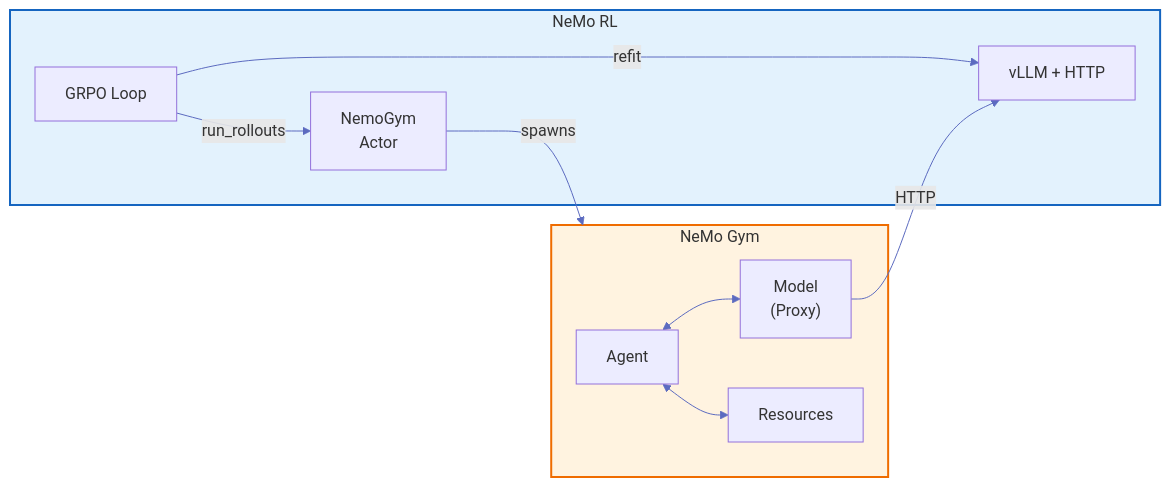
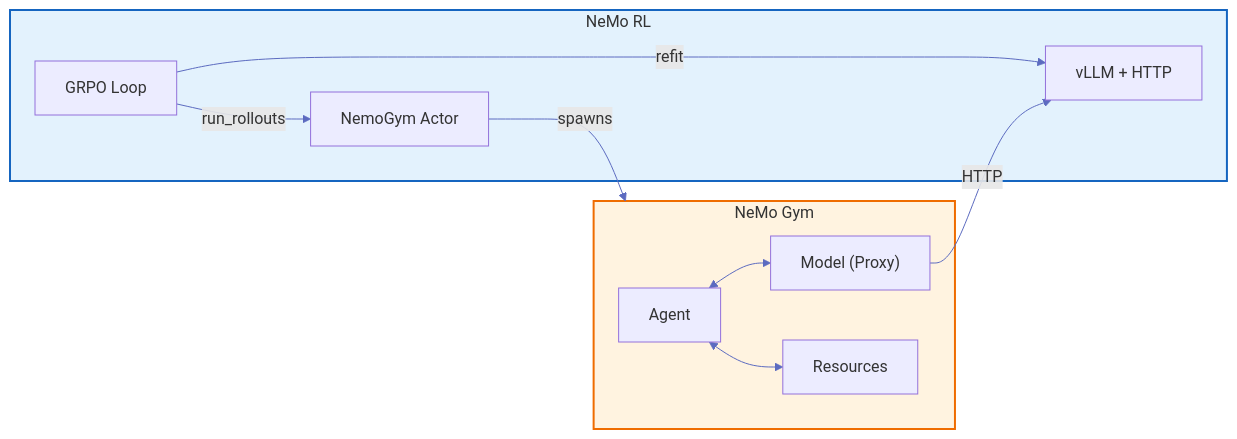
Before and after one commit to NVIDIA-NeMo/RL: the first of 5 diagrams in docs/design-docs/nemo-gym-integration.md, drawn with Mermaid. The commit also changed other lines of this file, not shown here.

````diff
--- a/docs/design-docs/nemo-gym-integration.md
+++ b/docs/design-docs/nemo-gym-integration.md
@@ -40,25 +42,25 @@
-```{mermaid}
+```mermaid
 %%{init: {'theme': 'default', 'themeVariables': { 'lineColor': '#5c6bc0', 'primaryTextColor': '#333'}}}%%
 flowchart LR
     subgraph RL["NeMo RL"]
         GRPO["GRPO Loop"]
         vLLM["vLLM + HTTP"]
-        Bridge["NemoGym<br/>Actor"]
+        Bridge["NemoGym Actor"]
     end
     
     subgraph Gym["NeMo Gym"]
         Agent["Agent"]
-        Model["Model<br/>(Proxy)"]
+        Model["Model (Proxy)"]
         Resources["Resources"]
     end
     
     GRPO -->|refit| vLLM
     GRPO -->|run_rollouts| Bridge
     Bridge -->|spawns| Gym
     Agent <--> Model
     Agent <--> Resources
     Model -->|HTTP| vLLM
 
     style RL fill:#e3f2fd,stroke:#1565c0,stroke-width:2px
     style Gym fill:#fff3e0,stroke:#ef6c00,stroke-width:2px
 ```
````
